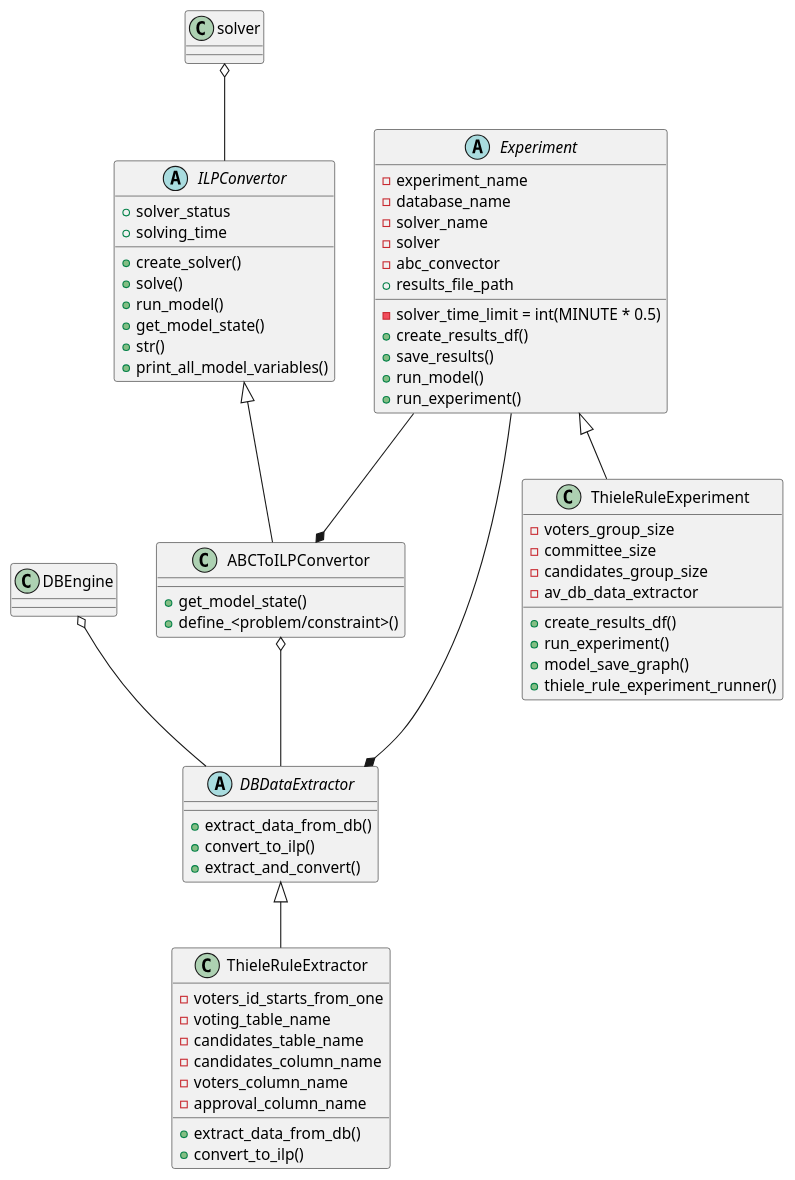
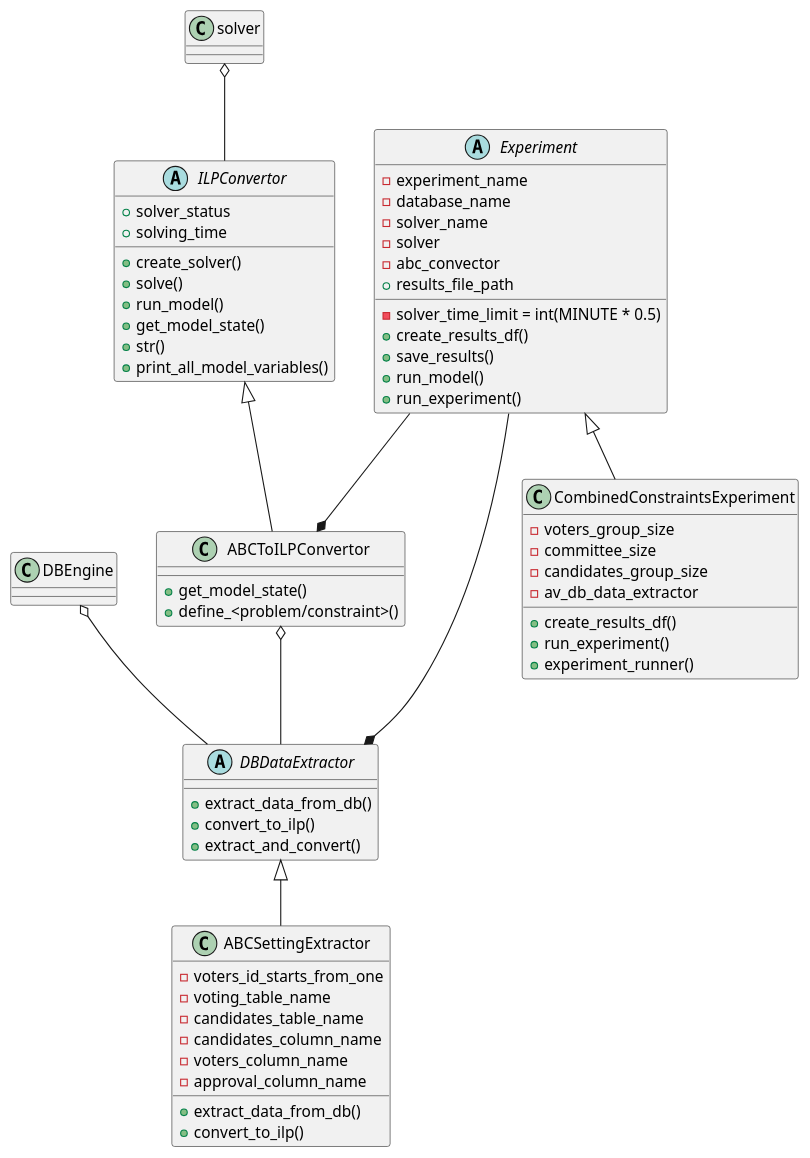
One commit to Roi-Yona/abcc changed the diagram in project_design.puml. Above: the diagram before and after it, drawn with PlantUML. The commit also changed 4 other files, not shown here.

```diff
--- a/project_design.puml
+++ b/project_design.puml
@@ -1,72 +1,71 @@
 @startuml
 
 abstract class ILPConvertor {
     +solver_status
     +solving_time
 
     +create_solver()
     +solve()
     +run_model()
     +get_model_state()
     +str()
     +print_all_model_variables()
 }
 solver o-- ILPConvertor
 
 class ABCToILPConvertor{
    +get_model_state()
    +define_<problem/constraint>()
 }
 ILPConvertor <|-- ABCToILPConvertor
 
 abstract class DBDataExtractor{
     +extract_data_from_db()
     +convert_to_ilp()
     +extract_and_convert()
 }
 ABCToILPConvertor o-- DBDataExtractor
 DBEngine o-- DBDataExtractor
 
-class ThieleRuleExtractor{
+class ABCSettingExtractor{
     -voters_id_starts_from_one
     -voting_table_name
     -candidates_table_name
     -candidates_column_name
     -voters_column_name
     -approval_column_name
 
     +extract_data_from_db()
     +convert_to_ilp()
 }
-DBDataExtractor <|-- ThieleRuleExtractor
+DBDataExtractor <|-- ABCSettingExtractor
 
 abstract class Experiment{
     -experiment_name
     -database_name
     -solver_time_limit = int(MINUTE * 0.5)
     -solver_name
     -solver
     -abc_convector
     +results_file_path
 
     +create_results_df()
     +save_results()
     +run_model()
     +run_experiment()
 }
 Experiment --* ABCToILPConvertor
 Experiment --* DBDataExtractor
 
-class ThieleRuleExperiment{
+class CombinedConstraintsExperiment{
     -voters_group_size
     -committee_size
     -candidates_group_size
     -av_db_data_extractor
     +create_results_df()
     +run_experiment()
-    +model_save_graph()
-    +thiele_rule_experiment_runner()
+    +experiment_runner()
 }
-Experiment <|-- ThieleRuleExperiment
+Experiment <|-- CombinedConstraintsExperiment
 
 @enduml
```
